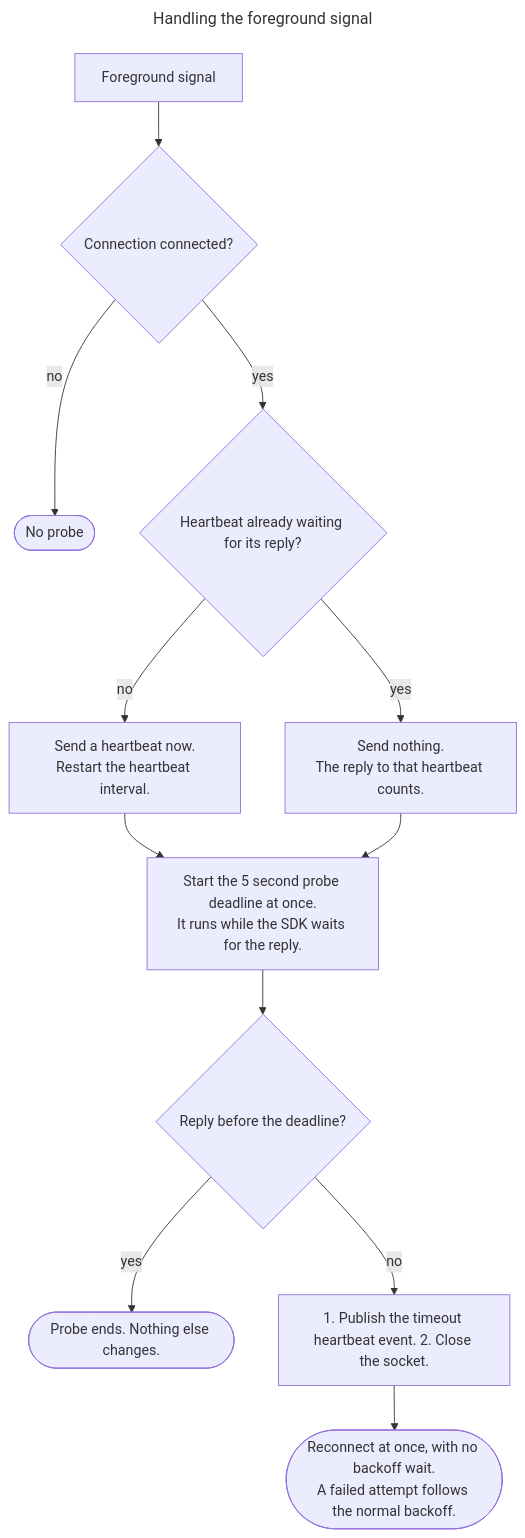
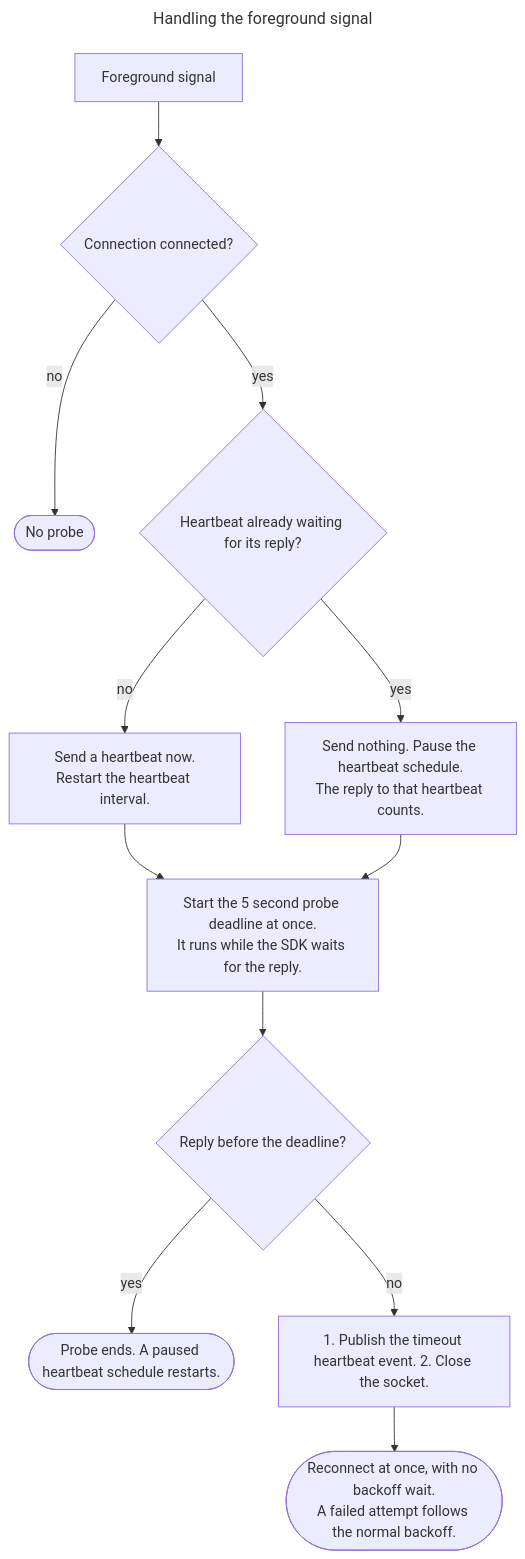
One commit to supabase/sdk changed the first of 2 diagrams in packages/capability-matrix/specs/realtime/configuration/foreground_liveness_probe.md. Above: the diagram before and after it, drawn with Mermaid. The commit also changed other lines of this file, not shown here.

First line of the commit message:
fix(realtime): pause the heartbeat schedule while a pending heartbeat serves as the probe (#336)

````diff
--- a/packages/capability-matrix/specs/realtime/configuration/foreground_liveness_probe.md
+++ b/packages/capability-matrix/specs/realtime/configuration/foreground_liveness_probe.md
@@ -38,17 +43,17 @@
 ```mermaid
 ---
 title: Handling the foreground signal
 ---
 flowchart TB
     A["Foreground signal"] --> C{"Connection connected?"}
     C -- no --> N(["No probe"])
     C -- yes --> P{"Heartbeat already waiting for its reply?"}
     P -- no --> S["Send a heartbeat now.<br>Restart the heartbeat interval."]
-    P -- yes --> W["Send nothing.<br>The reply to that heartbeat counts."]
+    P -- yes --> W["Send nothing. Pause the heartbeat schedule.<br>The reply to that heartbeat counts."]
     S --> D["Start the 5 second probe deadline at once.<br>It runs while the SDK waits for the reply."]
     W --> D
     D --> R{"Reply before the deadline?"}
-    R -- yes --> OK(["Probe ends. Nothing else changes."])
+    R -- yes --> OK(["Probe ends. A paused heartbeat schedule restarts."])
     R -- no --> T["1. Publish the timeout heartbeat event. 2. Close the socket."]
     T --> RC(["Reconnect at once, with no backoff wait.<br>A failed attempt follows the normal backoff."])
 ```
````
